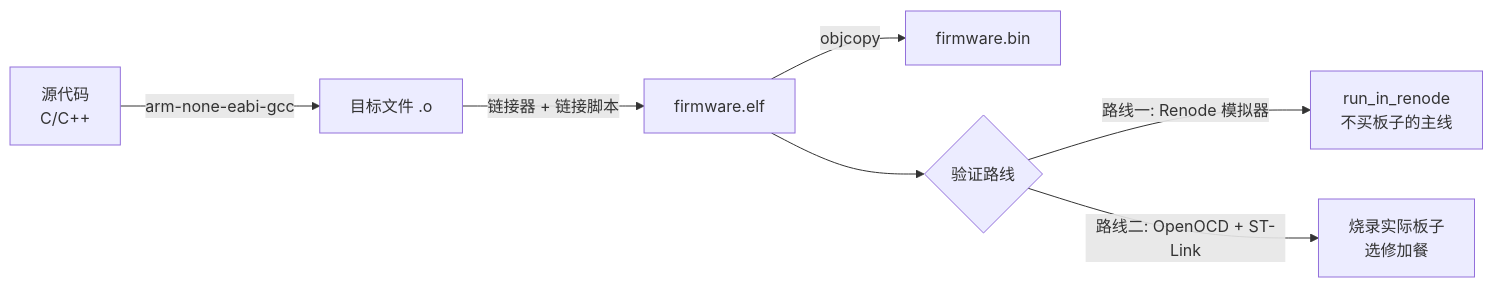
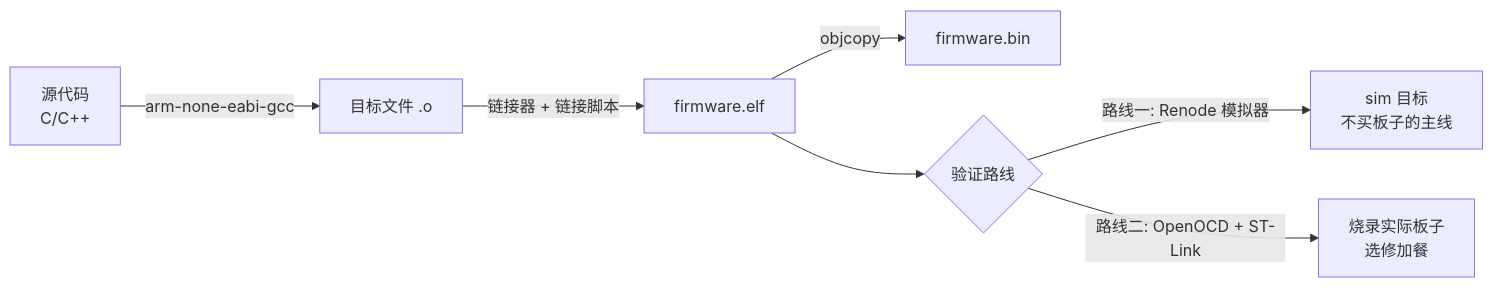
One commit to Awesome-Embedded-Learning-Studio/Tutorial_AwesomeModernCPP changed the diagram in documents/vol8-domains/embedded/f103/00-env-setup/01-toolchain-setup.md. Above: the diagram before and after it, drawn with Mermaid. The commit also changed other lines of this file and 133 other files, not shown here.

````diff
--- a/documents/vol8-domains/embedded/f103/00-env-setup/01-toolchain-setup.md
+++ b/documents/vol8-domains/embedded/f103/00-env-setup/01-toolchain-setup.md
@@ -59,9 +59,9 @@
 ```mermaid
 flowchart LR
     A[源代码<br/>C/C++] -->|arm-none-eabi-gcc| B[目标文件 .o]
     B -->|链接器 + 链接脚本| C[firmware.elf]
     C -->|objcopy| D[firmware.bin]
     C --> E{验证路线}
-    E -->|路线一: Renode 模拟器| F[run_in_renode<br/>不买板子的主线]
+    E -->|路线一: Renode 模拟器| F[sim 目标<br/>不买板子的主线]
     E -->|路线二: OpenOCD + ST-Link| G[烧录实际板子<br/>选修加餐]
 ```
````
